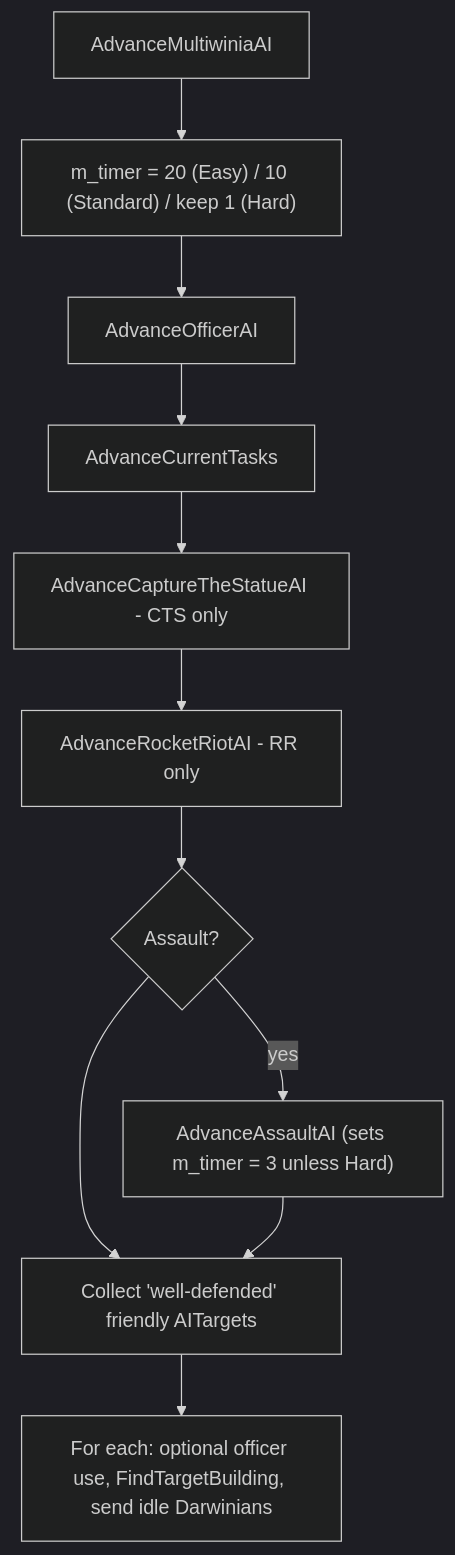
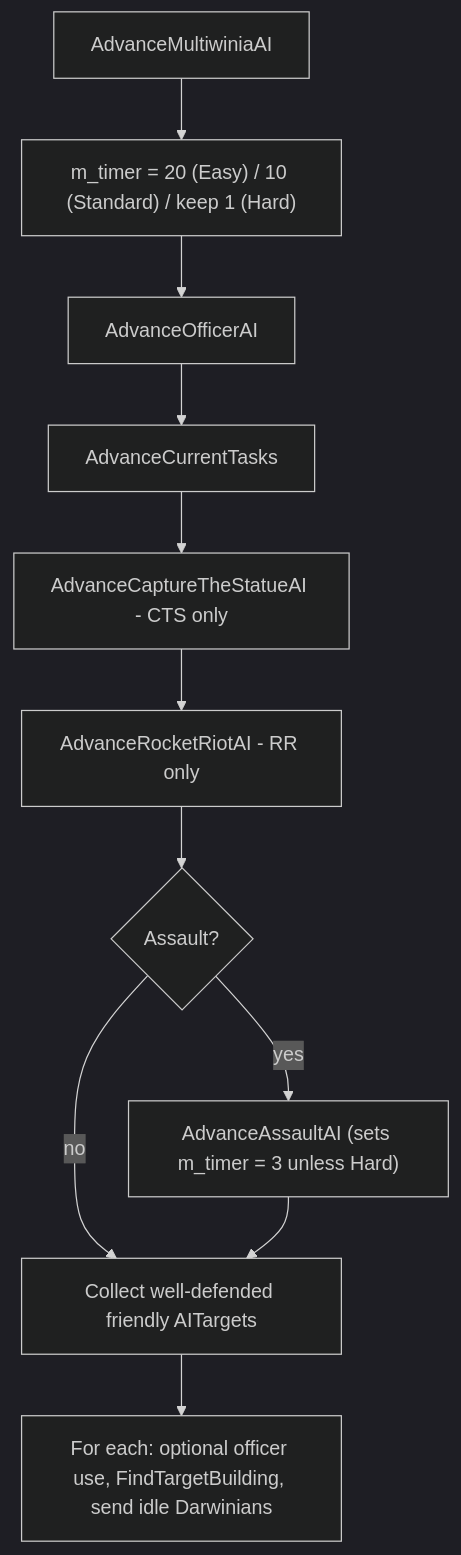
One commit to Zwaliebaba/Species.AI changed the third of 4 diagrams in design/_work/drafts/P08_crates_ai.md. Above: the diagram before and after it, drawn with Mermaid (dark theme). The commit also changed other lines of this file and 21 other files, not shown here.

````diff
--- a/design/_work/drafts/P08_crates_ai.md
+++ b/design/_work/drafts/P08_crates_ai.md
@@ -447,13 +447,13 @@
 ```mermaid
 flowchart TD
     S[AdvanceMultiwiniaAI] --> T["m_timer = 20 (Easy) / 10 (Standard) / keep 1 (Hard)"]
     T --> O[AdvanceOfficerAI]
     O --> P[AdvanceCurrentTasks]
     P --> Q[AdvanceCaptureTheStatueAI - CTS only]
     Q --> R[AdvanceRocketRiotAI - RR only]
     R --> AS{Assault?}
-    AS -- yes --> AA["AdvanceAssaultAI (sets m_timer = 3 unless Hard)"]
-    AS --> W[Collect 'well-defended' friendly AITargets]
+    AS -->|yes| AA["AdvanceAssaultAI (sets m_timer = 3 unless Hard)"]
+    AS -->|no| W["Collect well-defended friendly AITargets"]
     AA --> W
-    W --> X[For each: optional officer use, FindTargetBuilding, send idle Darwinians]
+    W --> X["For each: optional officer use, FindTargetBuilding, send idle Darwinians"]
 ```
````
